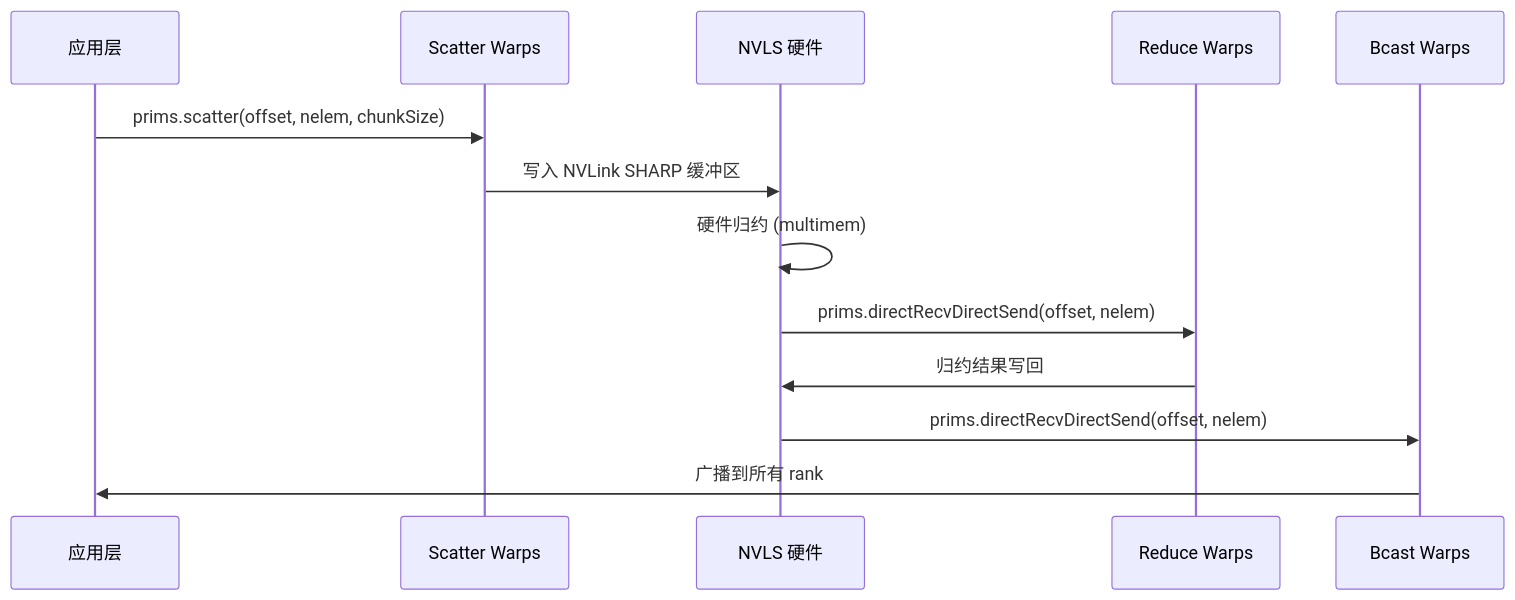
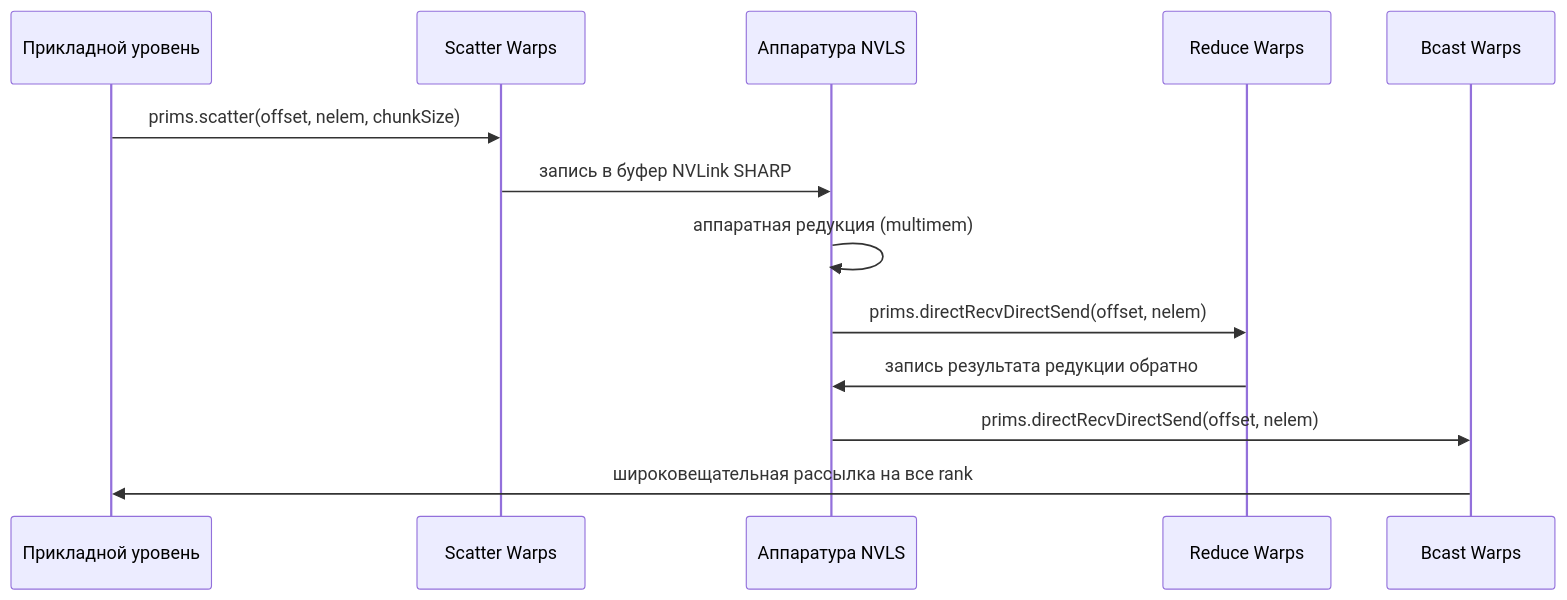
The second of 2 diagrams in books/nccl/ru/10-collective-kernels-allreduce-allgather.md (maleRjc/AiReadCodeBooks), drawn with Mermaid before and after one commit. The commit also changed other lines of this file and 74 other files, not shown here.

````diff
--- a/books/nccl/ru/10-collective-kernels-allreduce-allgather.md
+++ b/books/nccl/ru/10-collective-kernels-allreduce-allgather.md
@@ -244,16 +246,16 @@
 ```mermaid
 sequenceDiagram
-    participant App as 应用层
+    participant App as Прикладной уровень
     participant Scatter as Scatter Warps
-    participant NVLS as NVLS 硬件
+    participant NVLS as Аппаратура NVLS
     participant Reduce as Reduce Warps
     participant Bcast as Bcast Warps
 
     App->>Scatter: prims.scatter(offset, nelem, chunkSize)
-    Scatter->>NVLS: 写入 NVLink SHARP 缓冲区
-    NVLS->>NVLS: 硬件归约 (multimem)
+    Scatter->>NVLS: запись в буфер NVLink SHARP
+    NVLS->>NVLS: аппаратная редукция (multimem)
     NVLS->>Reduce: prims.directRecvDirectSend(offset, nelem)
-    Reduce->>NVLS: 归约结果写回
+    Reduce->>NVLS: запись результата редукции обратно
     NVLS->>Bcast: prims.directRecvDirectSend(offset, nelem)
-    Bcast->>App: 广播到所有 rank
+    Bcast->>App: широковещательная рассылка на все rank
 ```
````
